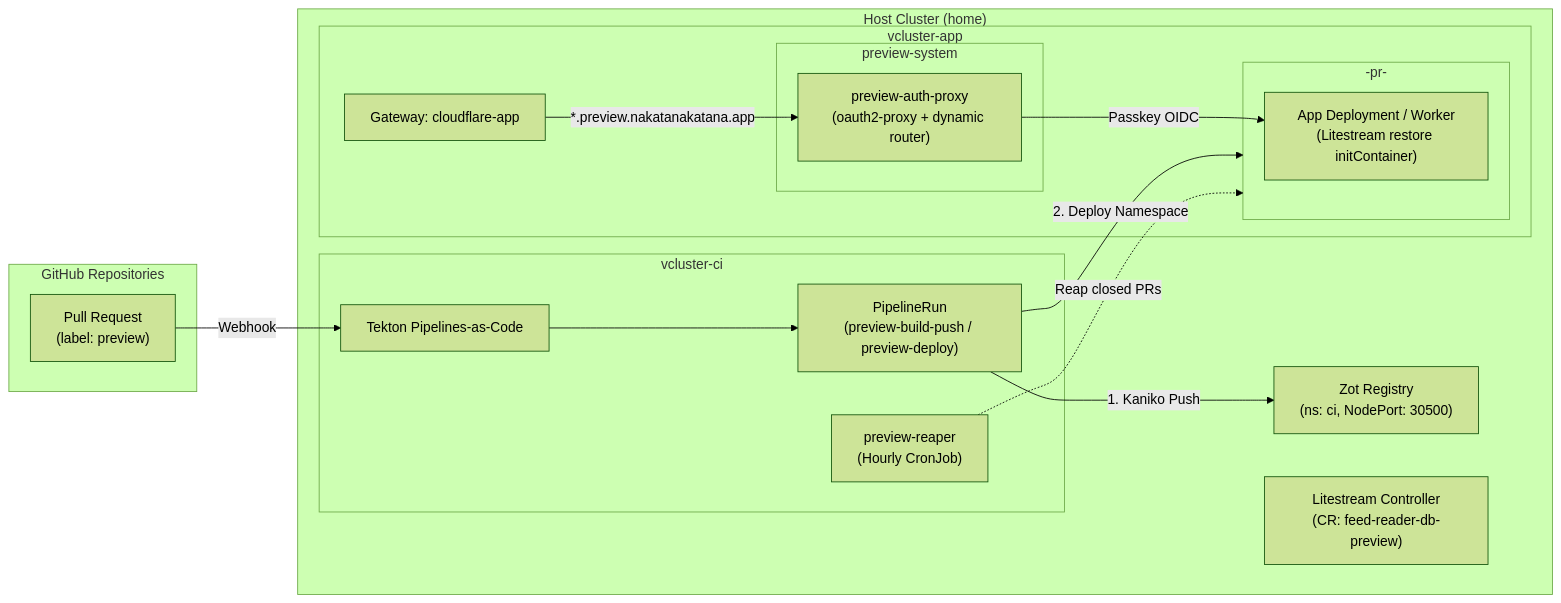
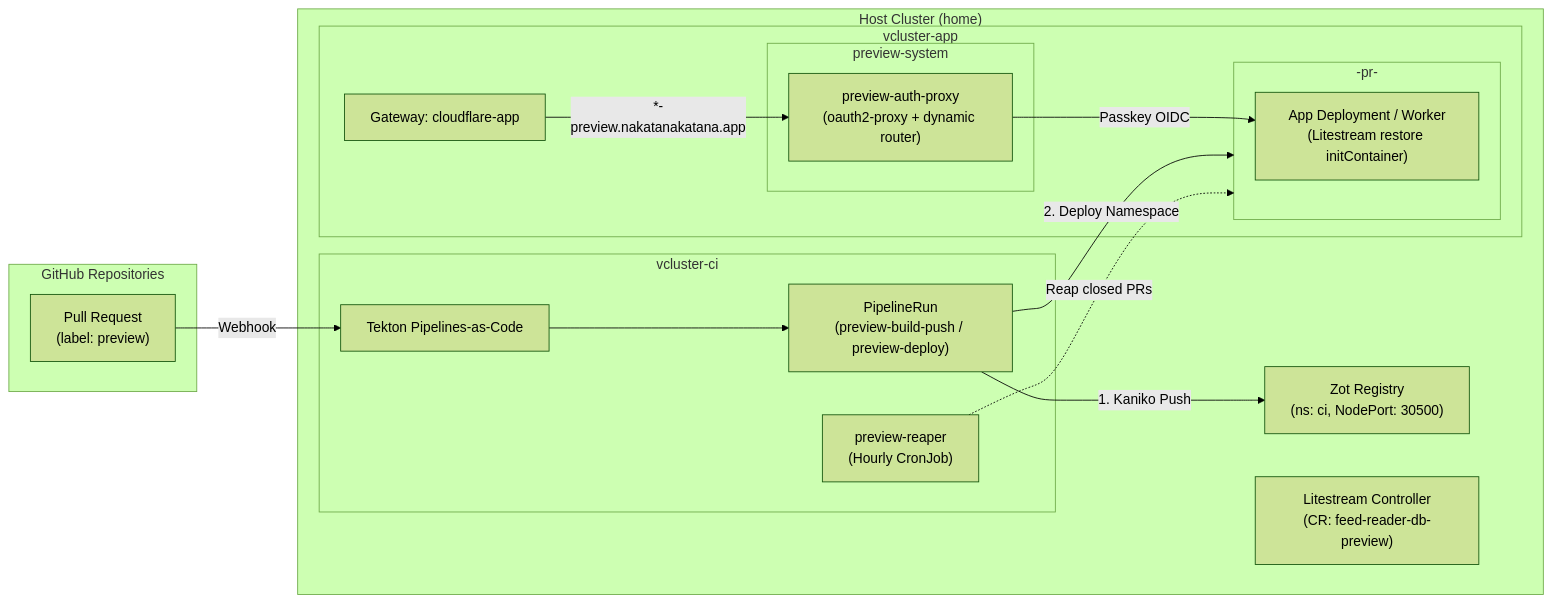
The diagram in docs/pr-preview-setup.md (nakatanakatana/x), drawn with Mermaid (forest theme) before and after one commit. The commit also changed other lines of this file and 4 other files, not shown here.

````diff
--- a/docs/pr-preview-setup.md
+++ b/docs/pr-preview-setup.md
@@ -11,35 +11,35 @@
 ```mermaid
 flowchart LR
   subgraph GitHub["GitHub Repositories"]
     PR["Pull Request<br/>(label: preview)"]
   end
 
   subgraph HostCluster["Host Cluster (home)"]
     Zot["Zot Registry<br/>(ns: ci, NodePort: 30500)"]
     Litestream["Litestream Controller<br/>(CR: feed-reader-db-preview)"]
 
     subgraph vclusterCI["vcluster-ci"]
       PaC["Tekton Pipelines-as-Code"]
       Pipeline["PipelineRun<br/>(preview-build-push / preview-deploy)"]
       Reaper["preview-reaper<br/>(Hourly CronJob)"]
     end
 
     subgraph vclusterApp["vcluster-app"]
       CFGateway["Gateway: cloudflare-app"]
       subgraph PreviewSystem["preview-system"]
         AuthProxy["preview-auth-proxy<br/>(oauth2-proxy + dynamic router)"]
       end
       subgraph PreviewNS["<app>-pr-<num>"]
         Workload["App Deployment / Worker<br/>(Litestream restore initContainer)"]
       end
     end
   end
 
   PR -- "Webhook" --> PaC
   PaC --> Pipeline
   Pipeline -- "1. Kaniko Push" --> Zot
   Pipeline -- "2. Deploy Namespace" --> PreviewNS
-  CFGateway -- "*.preview.nakatanakatana.app" --> AuthProxy
+  CFGateway -- "*-preview.nakatanakatana.app" --> AuthProxy
   AuthProxy -- "Passkey OIDC" --> Workload
   Reaper -. "Reap closed PRs" .-> PreviewNS
 ```
````
